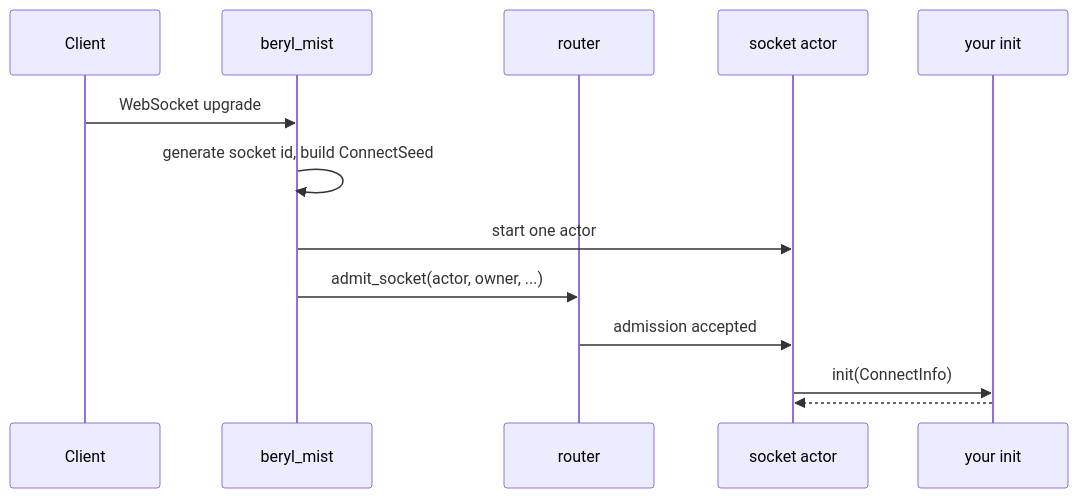
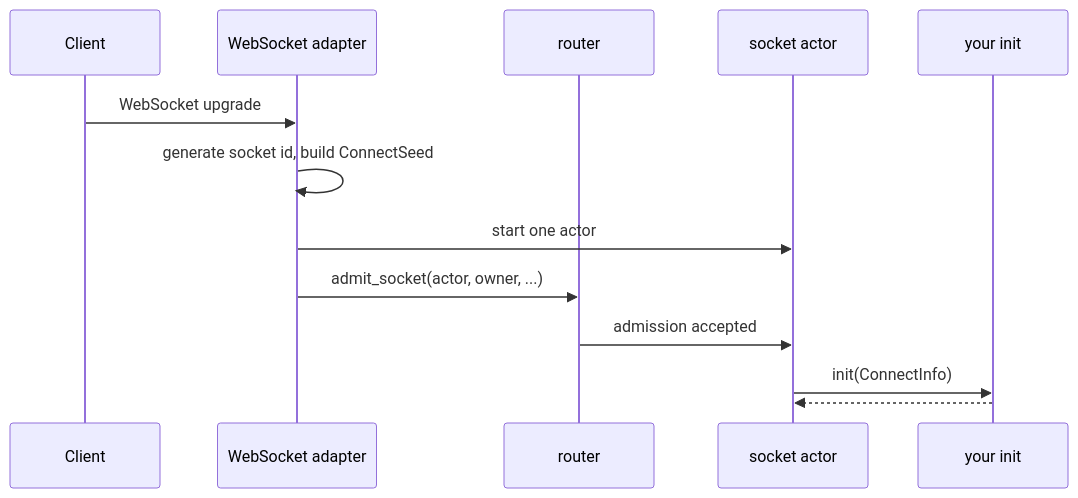
The first of 6 diagrams in website/src/content/docs/architecture/message-lifecycle.md (tylerbutler/beryl), drawn with Mermaid before and after one commit. The commit also changed other lines of this file and 76 other files, not shown here.

````diff
--- a/website/src/content/docs/architecture/message-lifecycle.md
+++ b/website/src/content/docs/architecture/message-lifecycle.md
@@ -17,15 +17,15 @@
 ```mermaid
 sequenceDiagram
   participant Client
-  participant Mist as beryl_mist
+  participant Transport as WebSocket adapter
   participant Router as router
   participant Socket as socket actor
   participant App as your init
-  Client->>Mist: WebSocket upgrade
-  Mist->>Mist: generate socket id, build ConnectSeed
-  Mist->>Socket: start one actor
-  Mist->>Router: admit_socket(actor, owner, ...)
+  Client->>Transport: WebSocket upgrade
+  Transport->>Transport: generate socket id, build ConnectSeed
+  Transport->>Socket: start one actor
+  Transport->>Router: admit_socket(actor, owner, ...)
   Router->>Socket: admission accepted
   Socket->>App: init(ConnectInfo)
   App-->>Socket: #(model, effects)
 ```
````
